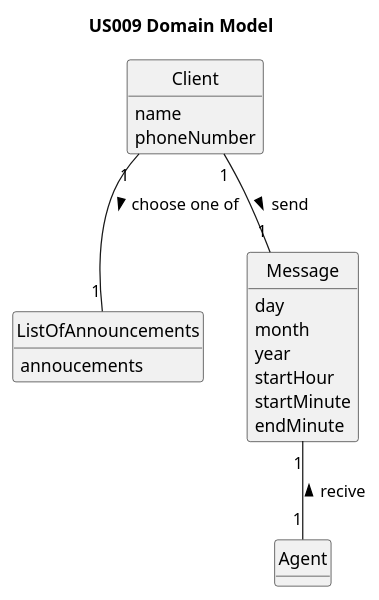
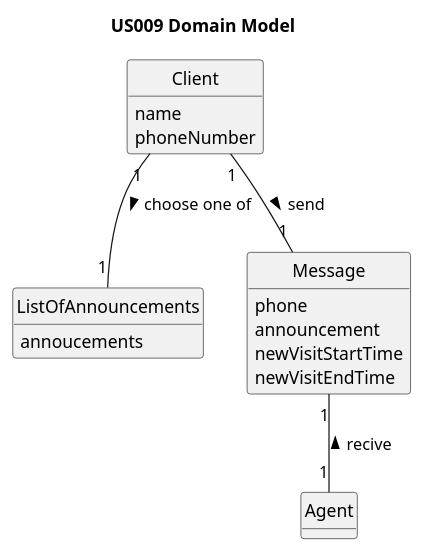
The diagram in docs/sprintD/us009/02.analysis/puml/us009-domain-model.puml (1220812/LAPR2), drawn with PlantUML before and after one commit. The commit also changed 1 other file, not shown here.

```diff
--- a/docs/sprintD/us009/02.analysis/puml/us009-domain-model.puml
+++ b/docs/sprintD/us009/02.analysis/puml/us009-domain-model.puml
@@ -1,44 +1,43 @@
 @startuml
 skinparam monochrome true
 skinparam packageStyle rectangle
 skinparam shadowing false
 
 'left to right direction
 
 hide circle
 hide methods
 
 title US009 Domain Model
 
 class Client{
 name
 phoneNumber
 }
 
+
 class ListOfAnnouncements{
 annoucements
 }
 
 
 class Agent{
 }
 
 class Message{
-day
-month
-year
-startHour
-startMinute
-endMinute
+ phone
+ announcement
+ newVisitStartTime
+ newVisitEndTime
 }
 
 
 Client "1" -- "1" ListOfAnnouncements : choose one of >
 Client "1" -- "1" Message : send >
 Message "1" -- "1" Agent : recive <
 
 
 
 
 
 @enduml
```
